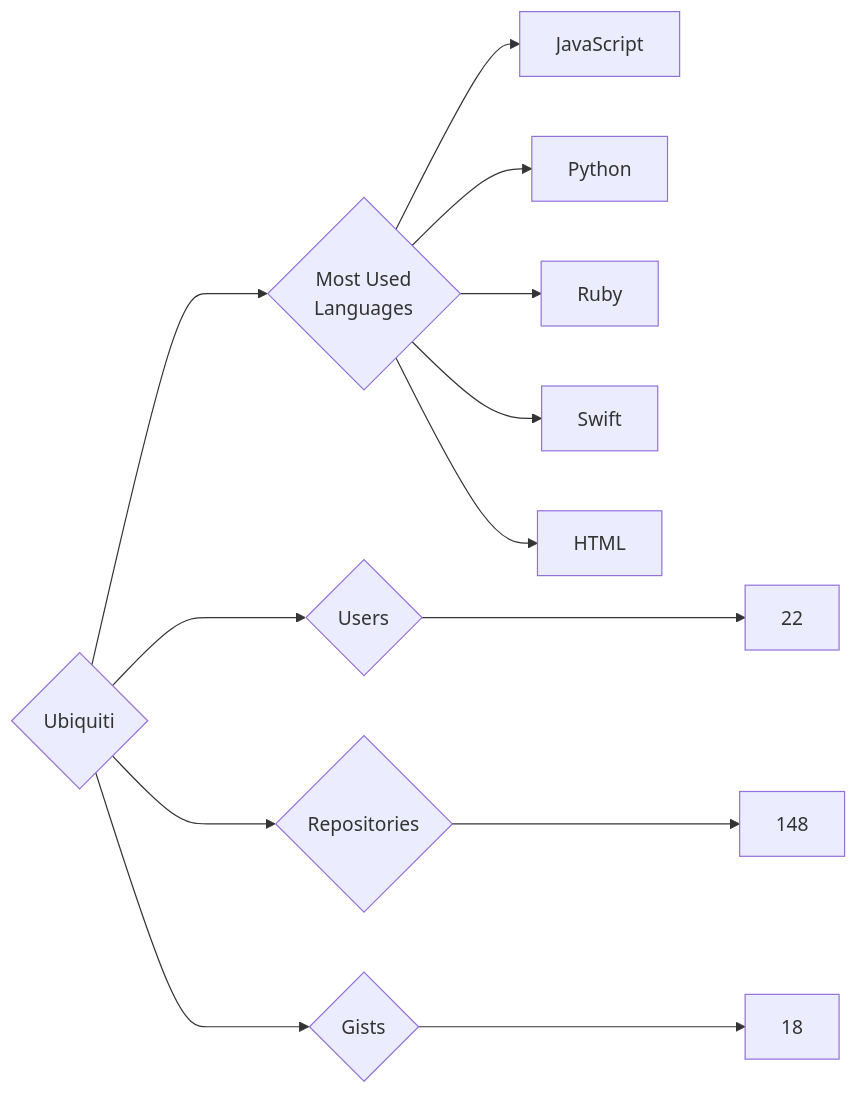
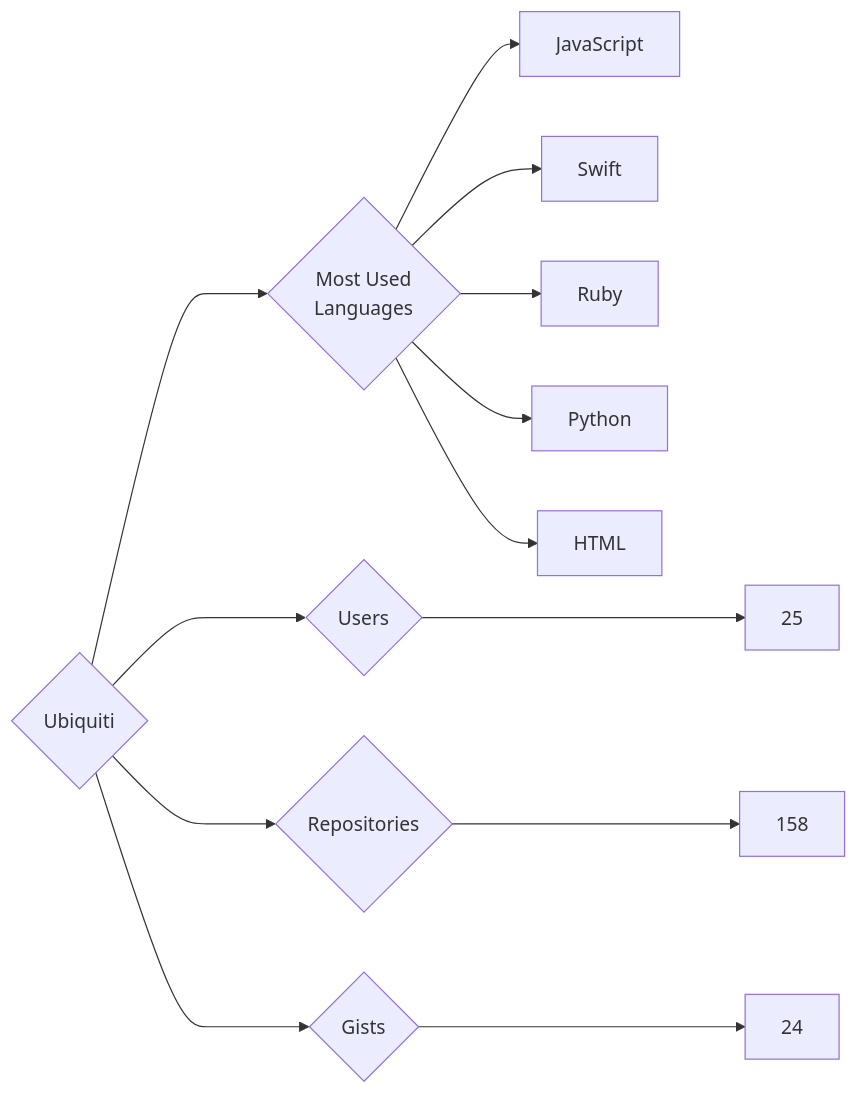
The diagram in targets/Ubiquiti/README.md (trickest/insiders), drawn with Mermaid before and after one commit. The commit also changed 1011 other files, not shown here.

````diff
--- a/targets/Ubiquiti/README.md
+++ b/targets/Ubiquiti/README.md
@@ -3,13 +3,13 @@
 ```mermaid
 graph LR
 COMPANY_NAME{Ubiquiti}
-COMPANY_NAME ---> U{Users} ---> UN[22]
-COMPANY_NAME ---> R{Repositories} ---> RN[148]
-COMPANY_NAME ---> G{Gists} ---> GN[18]
+COMPANY_NAME ---> U{Users} ---> UN[25]
+COMPANY_NAME ---> R{Repositories} ---> RN[158]
+COMPANY_NAME ---> G{Gists} ---> GN[24]
 COMPANY_NAME ---> ML{Most Used<br>Languages}
 ML --> JavaScript[JavaScript]
+ML --> Swift[Swift]
+ML --> Ruby[Ruby]
 ML --> Python[Python]
-ML --> Ruby[Ruby]
-ML --> Swift[Swift]
 ML --> HTML[HTML]
 ```
````
